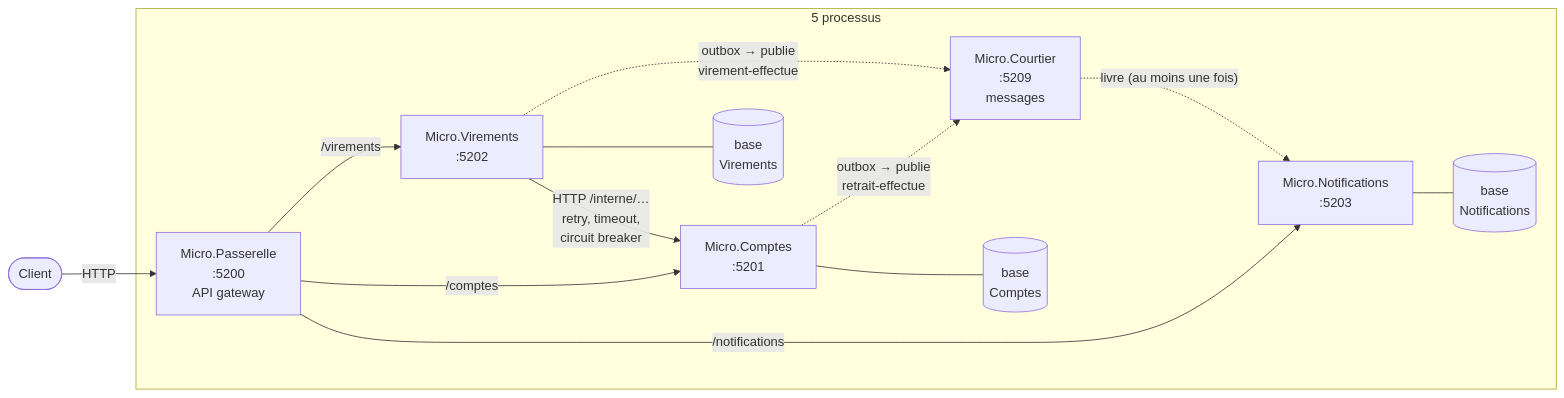
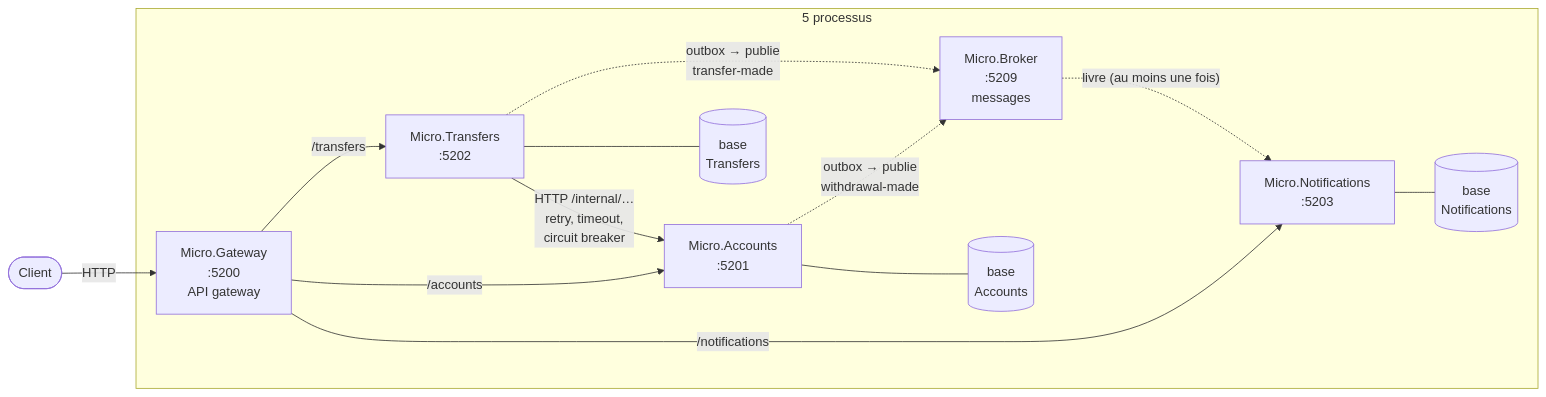
One commit to drangoht/ArchitecturesDemo changed the first of 4 diagrams in Docs/08-microservices.md. Above: the diagram before and after it, drawn with Mermaid. The commit also changed other lines of this file and 70 other files, not shown here.

Commit message:
Docs FR : identifiants, liens, diagrammes et sorties alignés sur le code anglais

````diff
--- a/Docs/08-microservices.md
+++ b/Docs/08-microservices.md
@@ -16,25 +16,25 @@
 ```mermaid
 flowchart LR
     Client(["Client"])
     subgraph Systeme["5 processus"]
-        P["Micro.Passerelle<br/>:5200<br/>API gateway"]
-        C["Micro.Comptes<br/>:5201"]
-        V["Micro.Virements<br/>:5202"]
+        P["Micro.Gateway<br/>:5200<br/>API gateway"]
+        C["Micro.Accounts<br/>:5201"]
+        V["Micro.Transfers<br/>:5202"]
         N["Micro.Notifications<br/>:5203"]
-        K["Micro.Courtier<br/>:5209<br/>messages"]
-        DC[("base<br/>Comptes")]
-        DV[("base<br/>Virements")]
+        K["Micro.Broker<br/>:5209<br/>messages"]
+        DC[("base<br/>Accounts")]
+        DV[("base<br/>Transfers")]
         DN[("base<br/>Notifications")]
     end
     Client -->|"HTTP"| P
-    P -->|"/comptes"| C
-    P -->|"/virements"| V
+    P -->|"/accounts"| C
+    P -->|"/transfers"| V
     P -->|"/notifications"| N
-    V -->|"HTTP /interne/…<br/>retry, timeout,<br/>circuit breaker"| C
-    C -. "outbox → publie<br/>retrait-effectue" .-> K
-    V -. "outbox → publie<br/>virement-effectue" .-> K
+    V -->|"HTTP /internal/…<br/>retry, timeout,<br/>circuit breaker"| C
+    C -. "outbox → publie<br/>withdrawal-made" .-> K
+    V -. "outbox → publie<br/>transfer-made" .-> K
     K -. "livre (au moins une fois)" .-> N
     C --- DC
     V --- DV
     N --- DN
 ```
````
